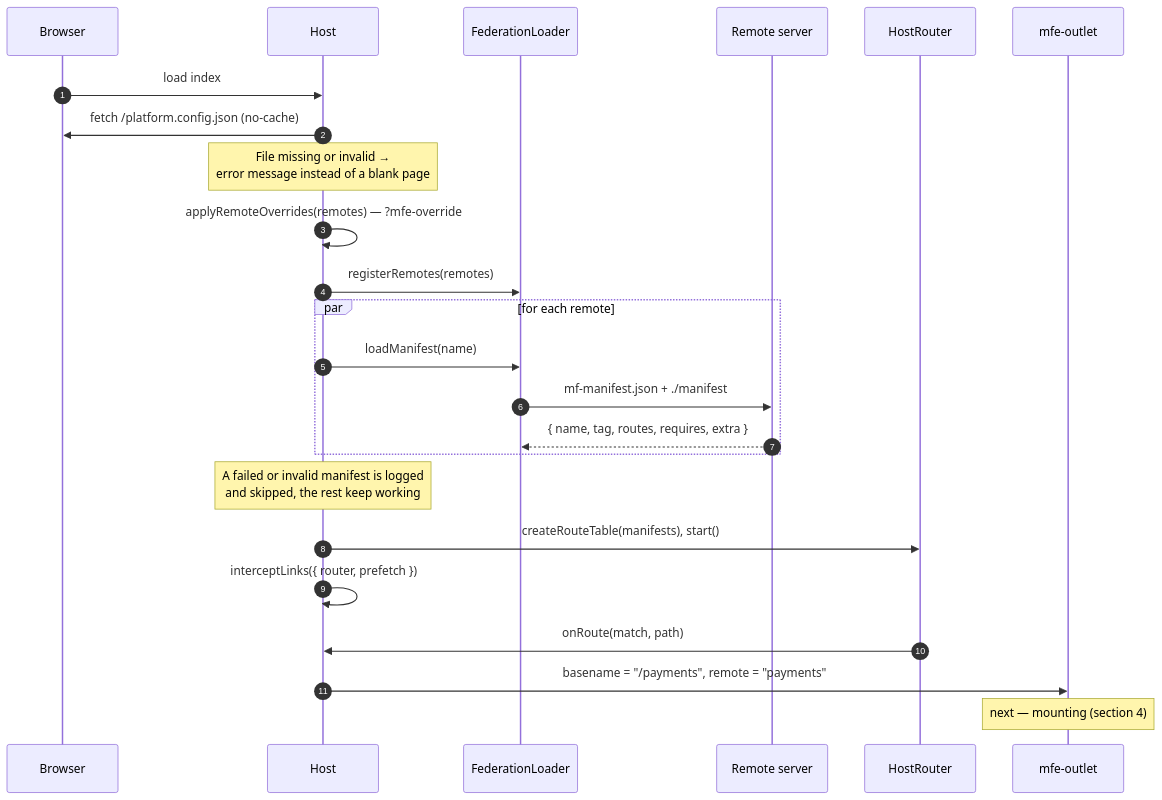
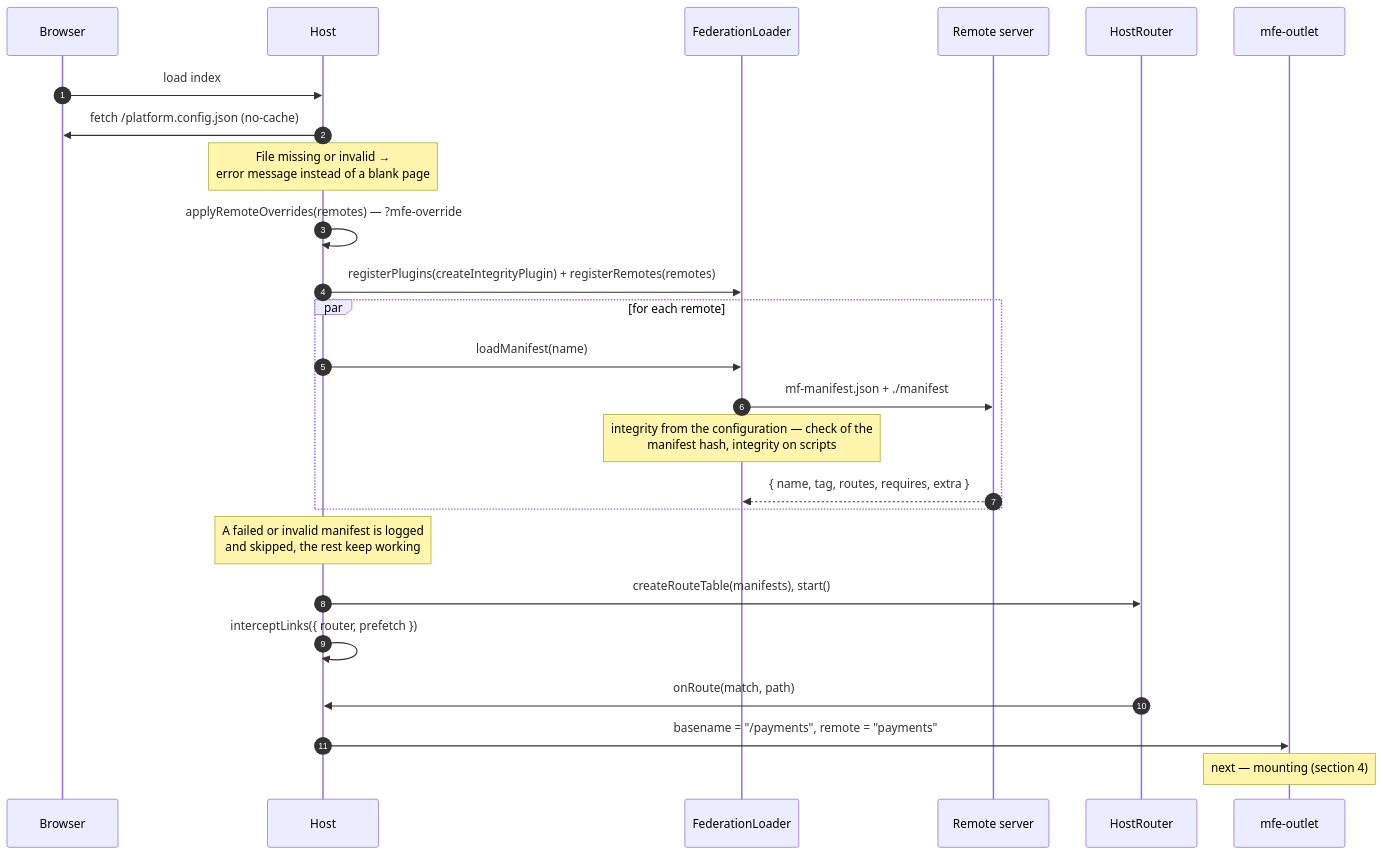
One commit to tamazyanarsen/mfe-platform changed the third of 9 diagrams in docs/en/architecture.md. Above: the diagram before and after it, drawn with Mermaid. The commit also changed other lines of this file and 5 other files, not shown here.

````diff
--- a/docs/en/architecture.md
+++ b/docs/en/architecture.md
@@ -154,27 +154,28 @@
 ```mermaid
 sequenceDiagram
   autonumber
   participant B as Browser
   participant H as Host
   participant L as FederationLoader
   participant R as Remote server
   participant Rt as HostRouter
   participant O as mfe-outlet
 
   B->>H: load index
   H->>B: fetch /platform.config.json (no-cache)
   Note over H: File missing or invalid →<br/>error message instead of a blank page
   H->>H: applyRemoteOverrides(remotes) — ?mfe-override
-  H->>L: registerRemotes(remotes)
+  H->>L: registerPlugins(createIntegrityPlugin) + registerRemotes(remotes)
   par for each remote
     H->>L: loadManifest(name)
     L->>R: mf-manifest.json + ./manifest
+    Note over L: integrity from the configuration — check of the<br/>manifest hash, integrity on scripts
     R-->>L: { name, tag, routes, requires, extra }
   end
   Note over H: A failed or invalid manifest is logged<br/>and skipped, the rest keep working
   H->>Rt: createRouteTable(manifests), start()
   H->>H: interceptLinks({ router, prefetch })
   Rt->>H: onRoute(match, path)
   H->>O: basename = "/payments", remote = "payments"
   Note over O: next — mounting (section 4)
 ```
````
